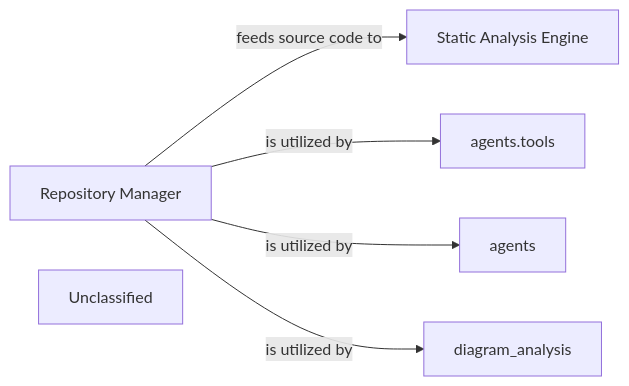
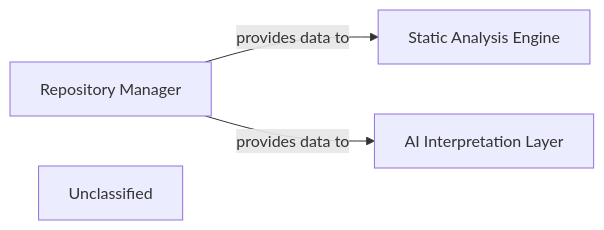
Before and after one commit to CodeBoarding/CodeBoarding: the diagram in .codeboarding/Repository_Manager.md, drawn with Mermaid. The commit also changed other lines of this file and 17 other files, not shown here.

First line of the commit message:
docs: update codeboarding documentation and generate architecture

````diff
--- a/.codeboarding/Repository_Manager.md
+++ b/.codeboarding/Repository_Manager.md
@@ -1,15 +1,12 @@
 ```mermaid
 graph LR
     Repository_Manager["Repository Manager"]
     Static_Analysis_Engine["Static Analysis Engine"]
-    agents_tools["agents.tools"]
-    agents["agents"]
-    diagram_analysis["diagram_analysis"]
+    AI_Interpretation_Layer["AI Interpretation Layer"]
     Unclassified["Unclassified"]
-    Repository_Manager -- "feeds source code to" --> Static_Analysis_Engine
-    Repository_Manager -- "is utilized by" --> agents_tools
-    Repository_Manager -- "is utilized by" --> agents
-    Repository_Manager -- "is utilized by" --> diagram_analysis
+    Repository_Manager -- "provides data to" --> Static_Analysis_Engine
+    Repository_Manager -- "provides data to" --> AI_Interpretation_Layer
     click Repository_Manager href "https://github.com/CodeBoarding/CodeBoarding/blob/main/.codeboarding/Repository_Manager.md" "Details"
     click Static_Analysis_Engine href "https://github.com/CodeBoarding/CodeBoarding/blob/main/.codeboarding/Static_Analysis_Engine.md" "Details"
+    click AI_Interpretation_Layer href "https://github.com/CodeBoarding/CodeBoarding/blob/main/.codeboarding/AI_Interpretation_Layer.md" "Details"
 ```
````
